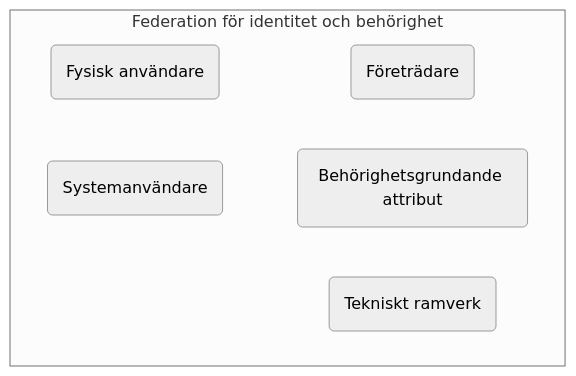
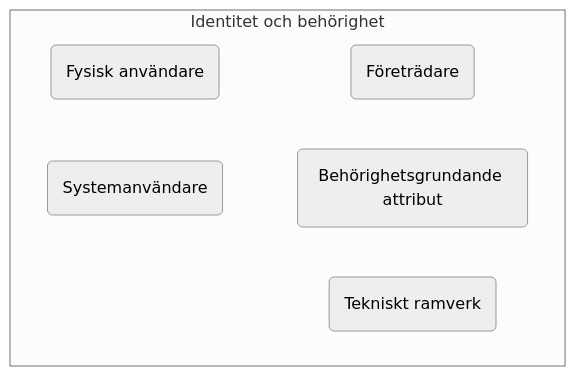
Before and after one commit to diggsweden/ena-authorization: the ninth of 14 diagrams in architecture/drafts/IAM_TargetArchitecture_Sweden.md, drawn with Mermaid (neutral theme). The commit also changed other lines of this file, not shown here.

````diff
--- a/architecture/drafts/IAM_TargetArchitecture_Sweden.md
+++ b/architecture/drafts/IAM_TargetArchitecture_Sweden.md
@@ -371,14 +377,14 @@
 ```mermaid
 graph TB
-subgraph fib[Federation för identitet och behörighet]
+subgraph ib[Identitet och behörighet]
     fa(Fysisk användare)
     sa(Systemanvändare)
     ba(Behörighetsgrundande attribut)
     fr(Företrädare)
     tp(Tekniskt ramverk)
 
     fa~~~fr
     sa~~~ba
     tp
 end
 ```
````
